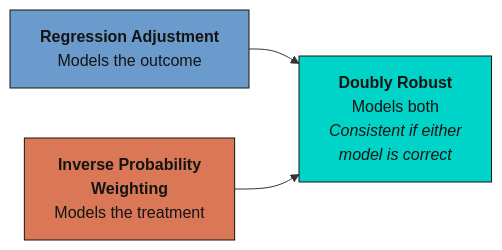
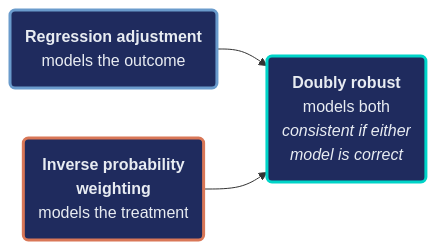
One commit to cmg777/starter-academic-v501 changed the sixth of 8 diagrams in content/post/stata_rct/index.md. Above: the diagram before and after it, drawn with Mermaid. The commit also changed other lines of this file and 2 other files, not shown here.

First line of the commit message:
content(mermaid): restyle flowcharts in stata_rct, python_dowhy, r_estimateW (pilot)

````diff
--- a/content/post/stata_rct/index.md
+++ b/content/post/stata_rct/index.md
@@ -782,13 +783,15 @@
 ```mermaid
 graph LR
-    RA["<b>Regression Adjustment</b><br/>Models the outcome"]
-    IPW["<b>Inverse Probability<br/>Weighting</b><br/>Models the treatment"]
-    DR["<b>Doubly Robust</b><br/>Models both<br/><i>Consistent if either<br/>model is correct</i>"]
+    RA("<b>Regression adjustment</b><br/>models the outcome")
+    IPW("<b>Inverse probability<br/>weighting</b><br/>models the treatment")
+    DR("<b>Doubly robust</b><br/>models both<br/><i>consistent if either<br/>model is correct</i>")
 
     RA --> DR
     IPW --> DR
-
-    style RA fill:#6a9bcc,stroke:#141413,color:#141413
-    style IPW fill:#d97757,stroke:#141413,color:#141413
-    style DR fill:#00d4c8,stroke:#141413,color:#141413
+    classDef blue fill:#1f2b5e,stroke:#6a9bcc,stroke-width:3px,color:#e8ecf2
+    classDef orange fill:#1f2b5e,stroke:#d97757,stroke-width:3px,color:#e8ecf2
+    classDef teal fill:#1f2b5e,stroke:#00d4c8,stroke-width:3px,color:#e8ecf2
+    class RA blue
+    class IPW orange
+    class DR teal
 ```
````
